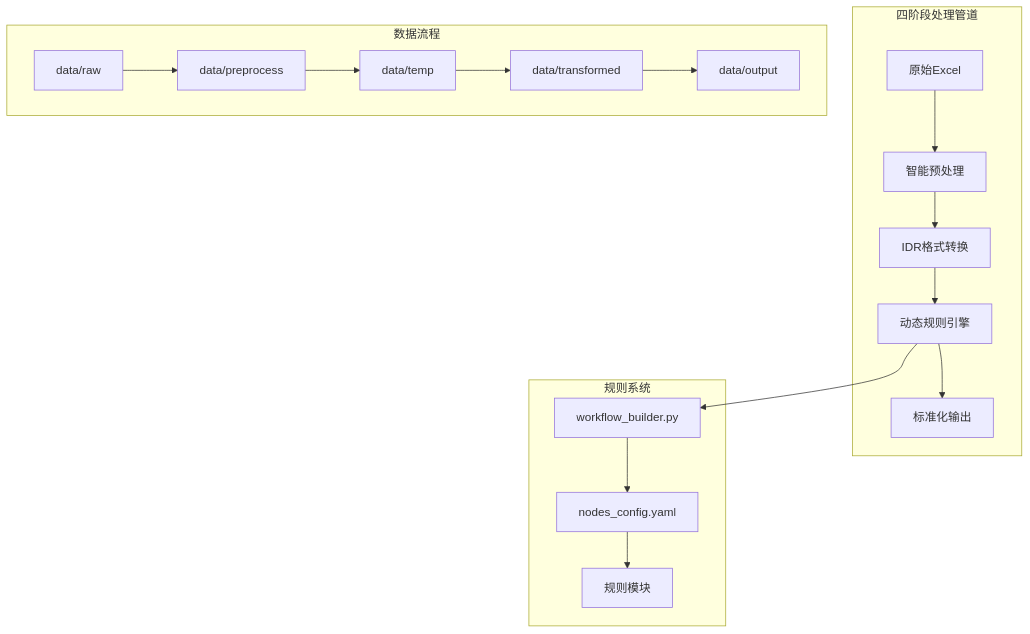
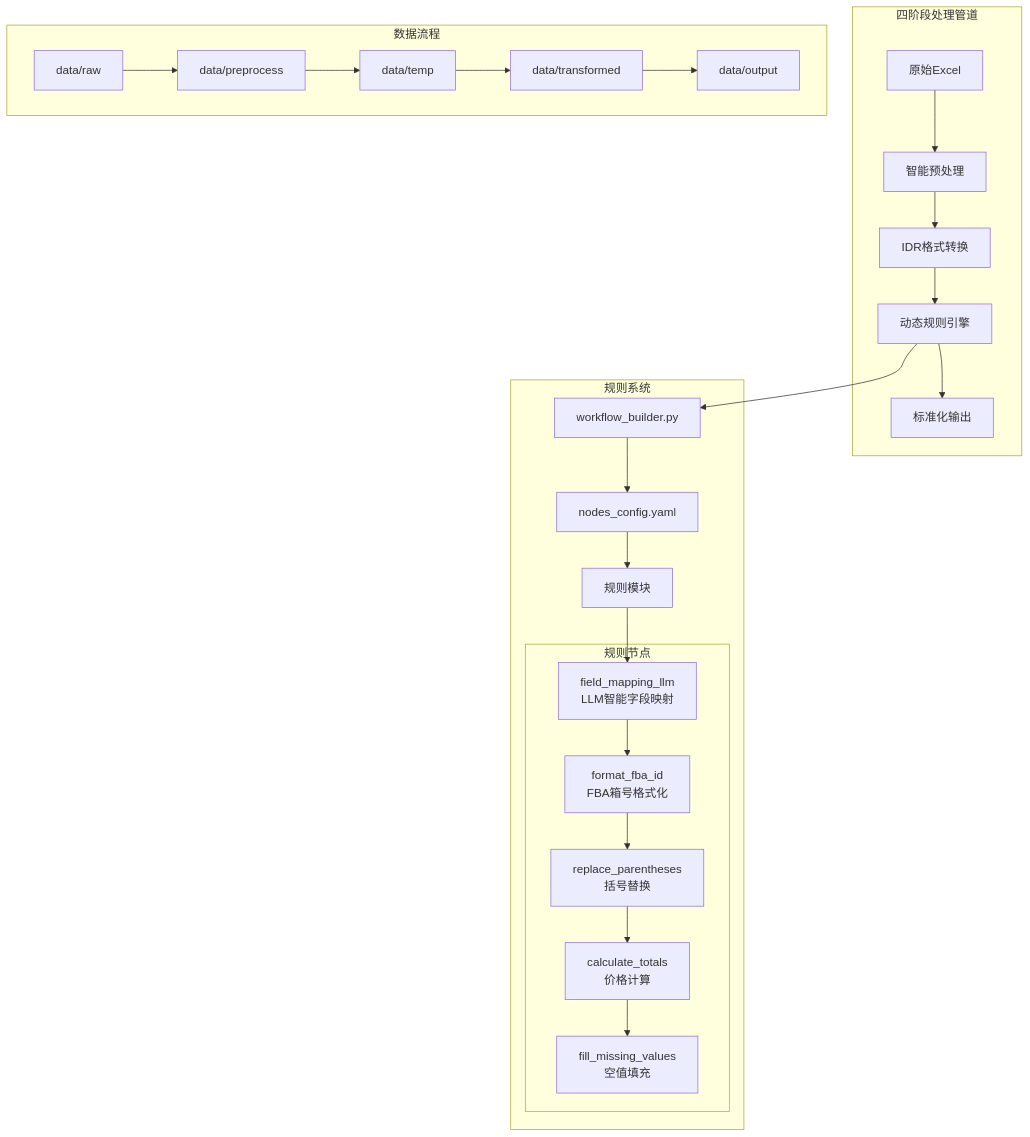
One commit to fyaic/ExcelConvert changed the diagram in README.md. Above: the diagram before and after it, drawn with Mermaid. The commit also changed other lines of this file and 18 other files, not shown here.

````diff
--- a/README.md
+++ b/README.md
@@ -108,26 +111,39 @@
 ```mermaid
 graph TB
     subgraph "四阶段处理管道"
         A[原始Excel] --> B[智能预处理]
         B --> C[IDR格式转换]
         C --> D[动态规则引擎]
         D --> E[标准化输出]
     end
 
     subgraph "数据流程"
         F[data/raw] --> G[data/preprocess]
         G --> H[data/temp]
         H --> I[data/transformed]
         I --> J[data/output]
     end
 
     subgraph "规则系统"
         K[workflow_builder.py]
         L[nodes_config.yaml]
         M[规则模块]
+
+        subgraph "规则节点"
+            N1[field_mapping_llm<br/>LLM智能字段映射]
+            N2[format_fba_id<br/>FBA箱号格式化]
+            N3[replace_parentheses<br/>括号替换]
+            N4[calculate_totals<br/>价格计算]
+            N5[fill_missing_values<br/>空值填充]
+        end
     end
 
     D --> K
     K --> L
     L --> M
+    M --> N1
+    N1 --> N2
+    N2 --> N3
+    N3 --> N4
+    N4 --> N5
 ```
````
